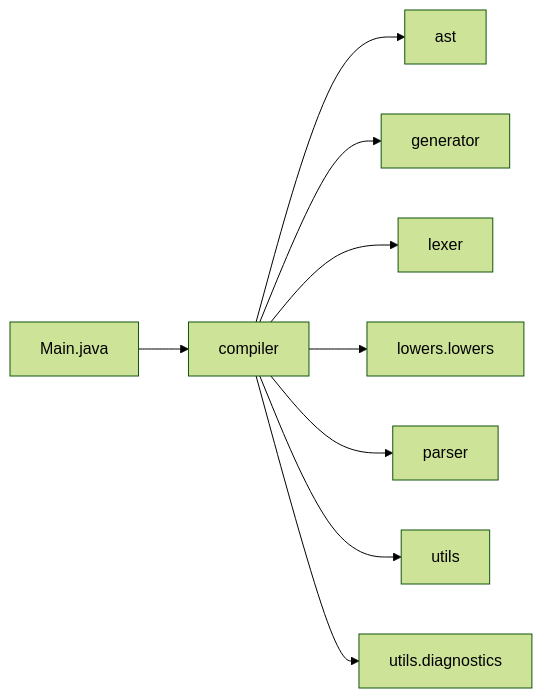
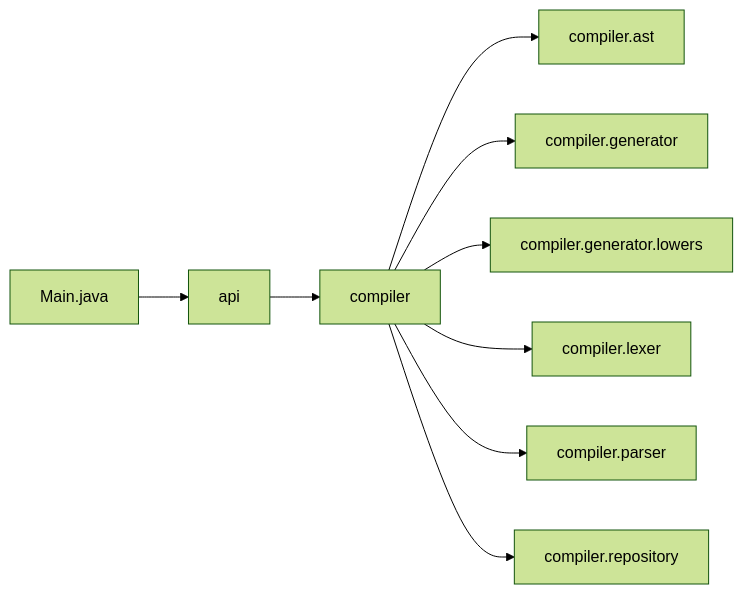
One commit to PascalUser/FLC-IEC61131-7 changed the diagram in doc/diagrams/compiler_package_flowchart.mmd. Above: the diagram before and after it, drawn with Mermaid (forest theme). The commit also changed 3 other files, not shown here.

```diff
--- a/doc/diagrams/compiler_package_flowchart.mmd
+++ b/doc/diagrams/compiler_package_flowchart.mmd
@@ -1,18 +1,18 @@
 flowchart LR
-    ast["ast"]
-    generator["generator"]
+    api["api"]
     compiler["compiler"]
-    lexer["lexer"]
-    lowering_lowers["lowers.lowers"]
-    parser["parser"]
-    utils["utils"]
-    utils_diagnostics["utils.diagnostics"]
+    compiler_ast["compiler.ast"]
+    compiler_generator["compiler.generator"]
+    compiler_generator_lowers["compiler.generator.lowers"]
+    compiler_lexer["compiler.lexer"]
+    compiler_parser["compiler.parser"]
+    compiler_repository["compiler.repository"]
     main["Main.java"]
-    compiler --> ast
-    compiler --> generator
-    compiler --> lexer
-    compiler --> lowering_lowers
-    compiler --> parser
-    compiler --> utils
-    compiler --> utils_diagnostics
-    main --> compiler
+    api --> compiler
+    compiler --> compiler_ast
+    compiler --> compiler_generator
+    compiler --> compiler_generator_lowers
+    compiler --> compiler_lexer
+    compiler --> compiler_parser
+    compiler --> compiler_repository
+    main --> api
```
